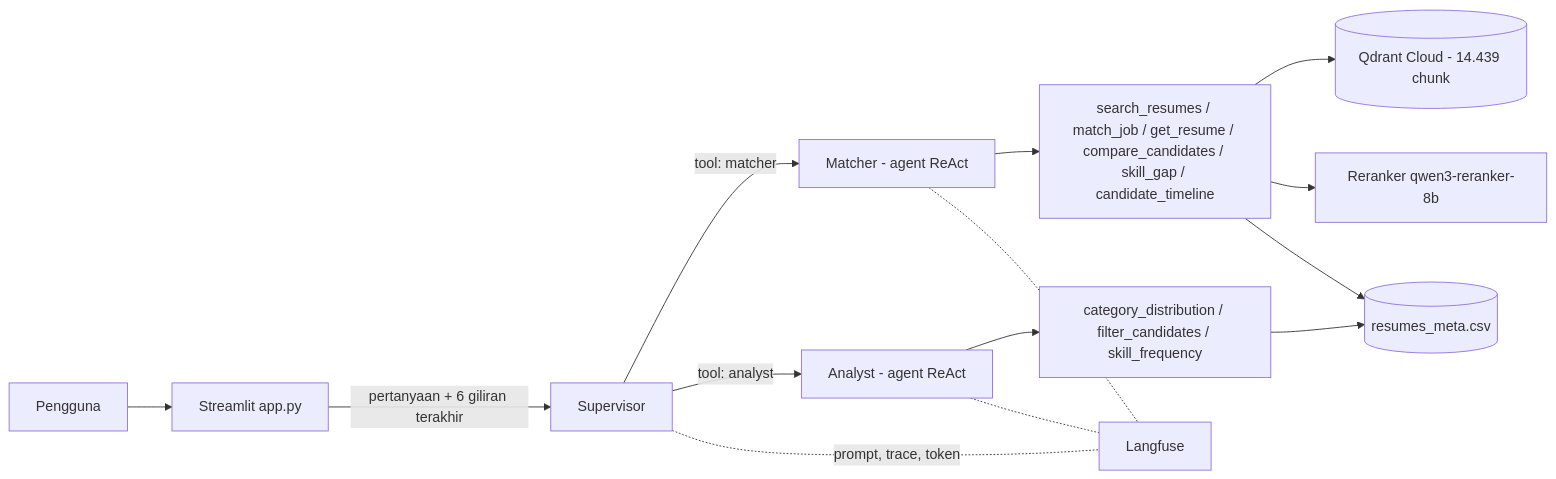
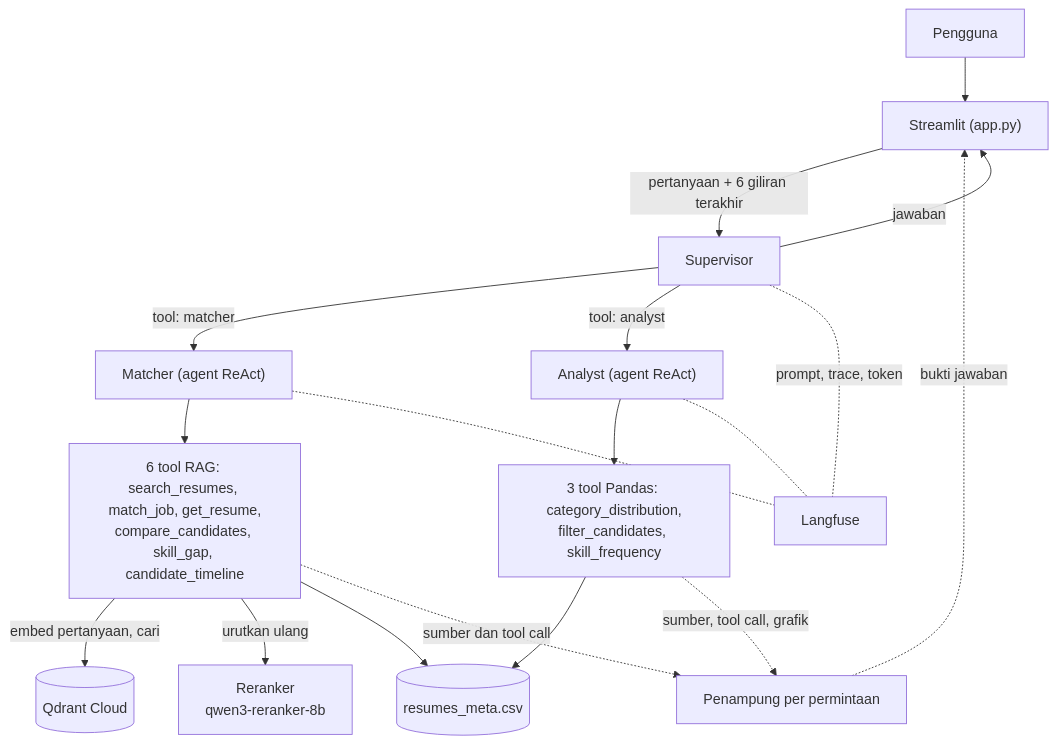
Before and after one commit to IbnuSulaiman14/hr-resume: the second of 2 diagrams in README.md, drawn with Mermaid. The commit also changed other lines of this file, not shown here.

Commit message:
docs: split architecture into ingest and chat diagrams
Add a diagram for the one-time ingest flow and extend the chat diagram with query embedding, reranking, the per-request source collector, and the answer path back to the UI. Use a vertical layout so the diagrams stay readable on GitHub.

````diff
--- a/README.md
+++ b/README.md
@@ -28,16 +46,20 @@
 ```mermaid
-flowchart LR
-    U[Pengguna] --> ST[Streamlit app.py]
-    ST -->|pertanyaan + 6 giliran terakhir| SUP[Supervisor]
-    SUP -->|tool: matcher| MAT[Matcher - agent ReAct]
-    SUP -->|tool: analyst| ANA[Analyst - agent ReAct]
-    MAT --> T1[search_resumes / match_job / get_resume / compare_candidates / skill_gap / candidate_timeline]
-    ANA --> T2[category_distribution / filter_candidates / skill_frequency]
-    T1 --> Q[(Qdrant Cloud - 14.439 chunk)]
-    T1 --> RR[Reranker qwen3-reranker-8b]
-    T1 --> M[(resumes_meta.csv)]
+flowchart TD
+    U[Pengguna] --> ST["Streamlit (app.py)"]
+    ST -->|"pertanyaan + 6 giliran terakhir"| SUP[Supervisor]
+    SUP -->|"tool: matcher"| MAT["Matcher (agent ReAct)"]
+    SUP -->|"tool: analyst"| ANA["Analyst (agent ReAct)"]
+    MAT --> T1["6 tool RAG: search_resumes, match_job, get_resume,<br/>compare_candidates, skill_gap, candidate_timeline"]
+    ANA --> T2["3 tool Pandas: category_distribution,<br/>filter_candidates, skill_frequency"]
+    T1 -->|"embed pertanyaan, cari"| Q[("Qdrant Cloud")]
+    T1 -->|"urutkan ulang"| RR["Reranker<br/>qwen3-reranker-8b"]
+    T1 --> M[("resumes_meta.csv")]
     T2 --> M
+    T1 -.->|"sumber dan tool call"| CTX["Penampung per permintaan"]
+    T2 -.->|"sumber, tool call, grafik"| CTX
+    SUP -->|"jawaban"| ST
+    CTX -.->|"bukti jawaban"| ST
     SUP -.-|"prompt, trace, token"| LF[Langfuse]
     MAT -.- LF
     ANA -.- LF
 ```
````
